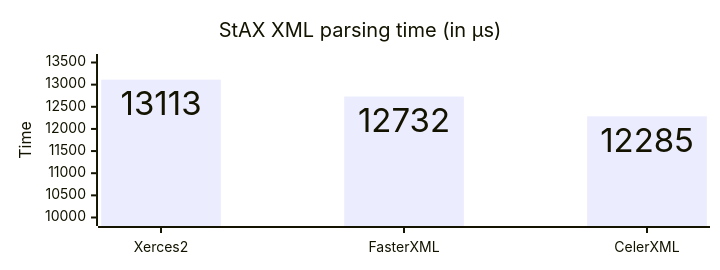
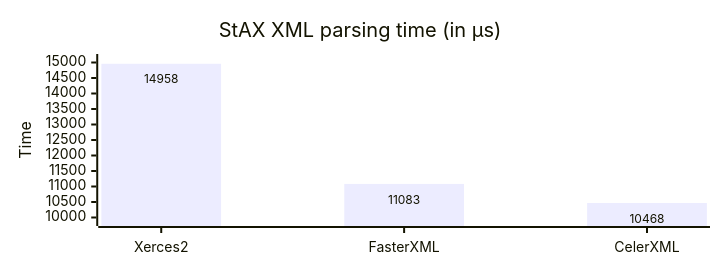
Before and after one commit to celersms/celerxml: the first of 3 diagrams in benchmark/README.md, drawn with Mermaid. The commit also changed other lines of this file, not shown here.

Commit message:
Benchmark report

````diff
--- a/benchmark/README.md
+++ b/benchmark/README.md
@@ -37,13 +37,13 @@
 ```mermaid
 ---
 config:
   xyChart:
     height: 250
     showDataLabel: true
 ---
 xychart
     title "StAX XML parsing time (in µs)"
     x-axis [Xerces2, FasterXML, CelerXML]
-    y-axis Time 10000 --> 13500
-    bar [13113, 12732, 12285]
+    y-axis Time 10000 --> 15000
+    bar [14958, 11083, 10468]
 ```
````
